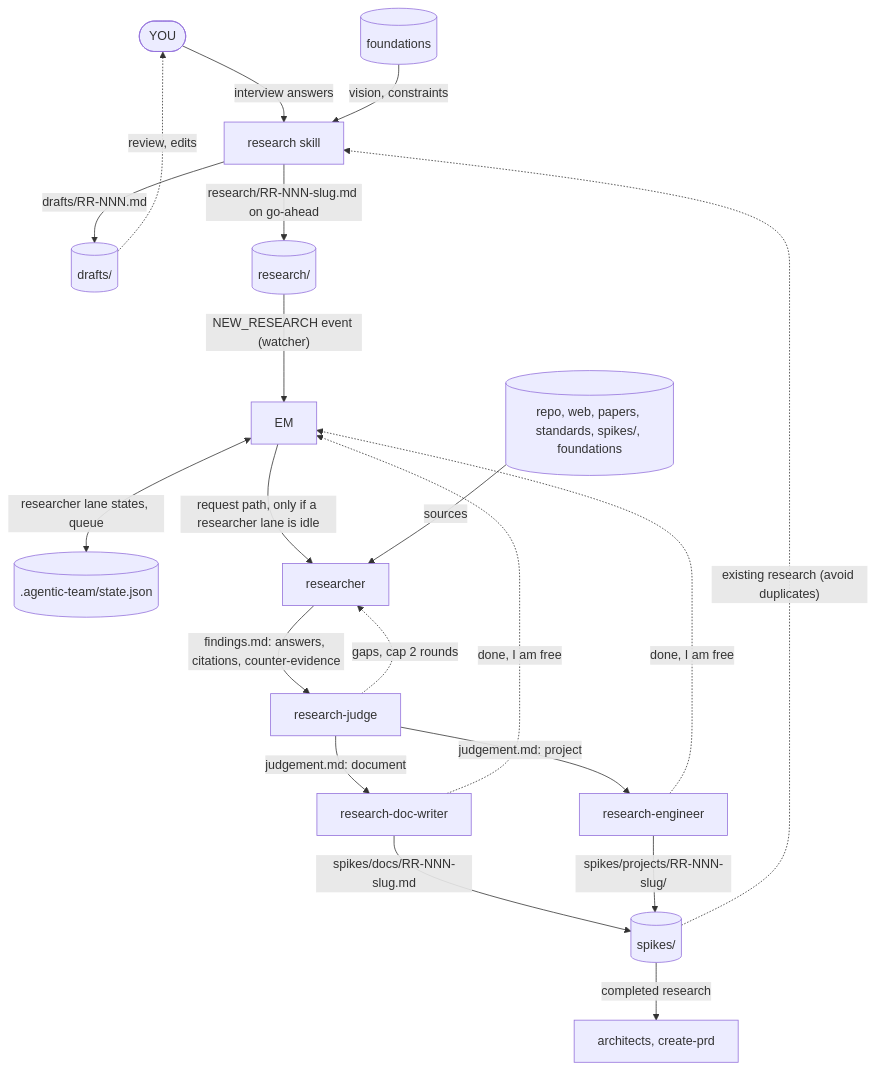
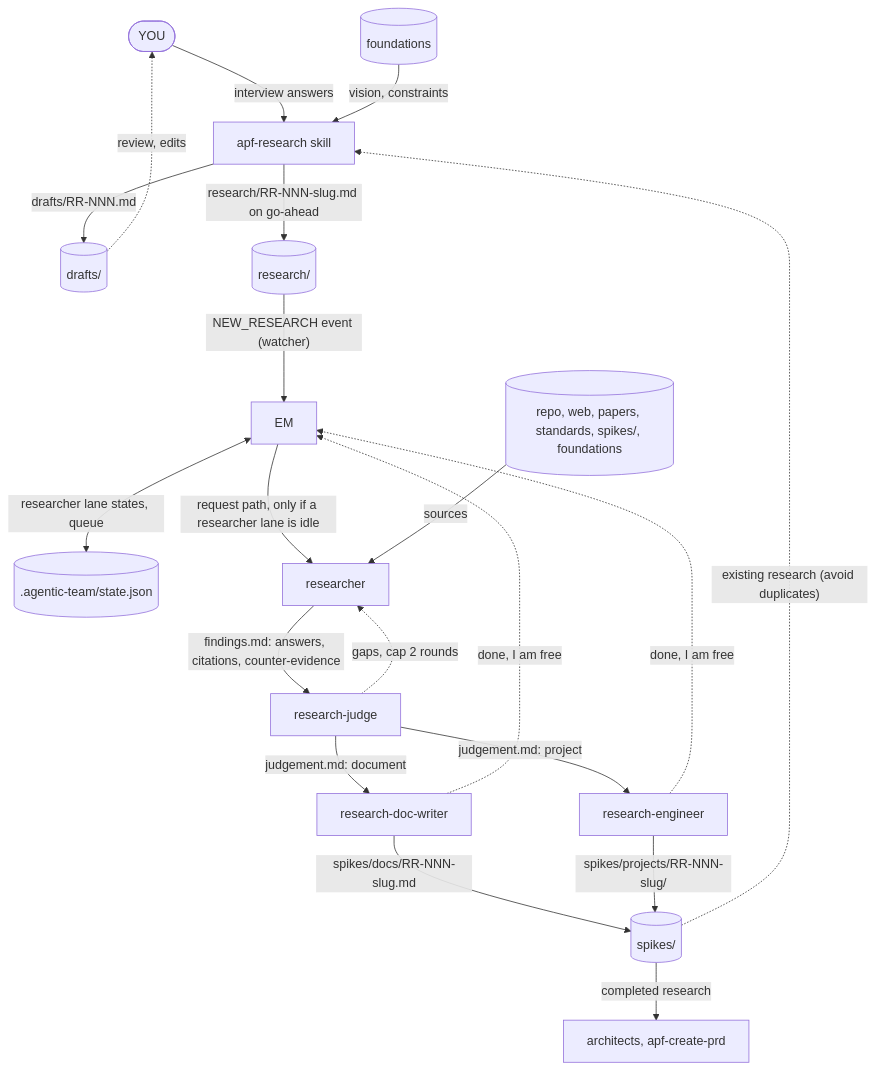
One commit to gbarnett-hz/agentic-product-function changed the third of 3 diagrams in README.md. Above: the diagram before and after it, drawn with Mermaid. The commit also changed other lines of this file and 41 other files, not shown here.

````diff
--- a/README.md
+++ b/README.md
@@ -397,22 +397,22 @@
 ```mermaid
 flowchart TD
-    YOU([YOU]) -->|"interview answers"| RS[research skill]
+    YOU([YOU]) -->|"interview answers"| RS[apf-research skill]
     FND[("foundations")] -->|"vision, constraints"| RS
     SPK[("spikes/")] -.->|"existing research (avoid duplicates)"| RS
     RS -->|"drafts/RR-NNN.md"| DR[("drafts/")]
     DR -.->|"review, edits"| YOU
     RS -->|"research/RR-NNN-slug.md on go-ahead"| RQ[("research/")]
     RQ -->|"NEW_RESEARCH event (watcher)"| EM
     EM <-->|"researcher lane states, queue"| STATE[(".agentic-team/state.json")]
     EM -->|"request path, only if a researcher lane is idle"| RES[researcher]
     SRC[("repo, web, papers, standards, spikes/, foundations")] -->|"sources"| RES
     RES -->|"findings.md: answers, citations, counter-evidence"| J[research-judge]
     J -.->|"gaps, cap 2 rounds"| RES
     J -->|"judgement.md: document"| DW[research-doc-writer]
     J -->|"judgement.md: project"| RE[research-engineer]
     DW -->|"spikes/docs/RR-NNN-slug.md"| SPK
     RE -->|"spikes/projects/RR-NNN-slug/"| SPK
     DW -.->|"done, I am free"| EM
     RE -.->|"done, I am free"| EM
-    SPK -->|"completed research"| ARCH[architects, create-prd]
+    SPK -->|"completed research"| ARCH[architects, apf-create-prd]
 ```
````
